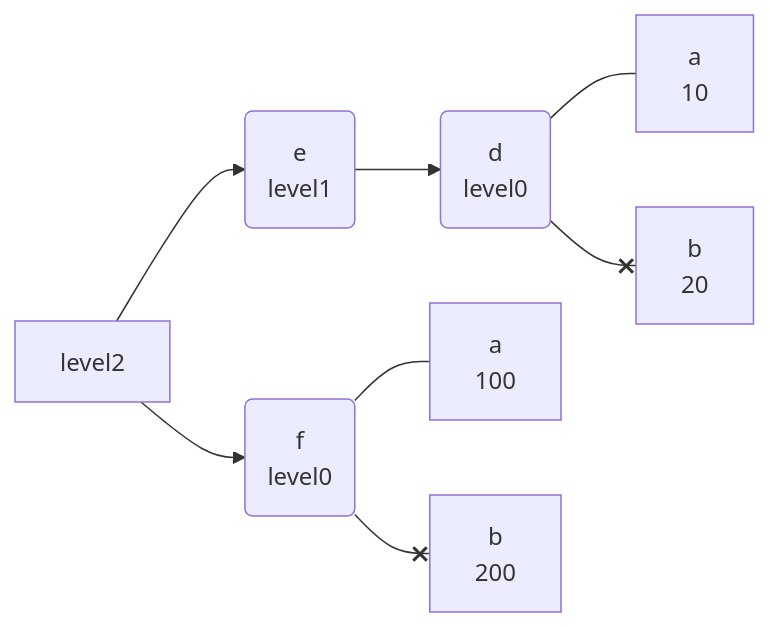
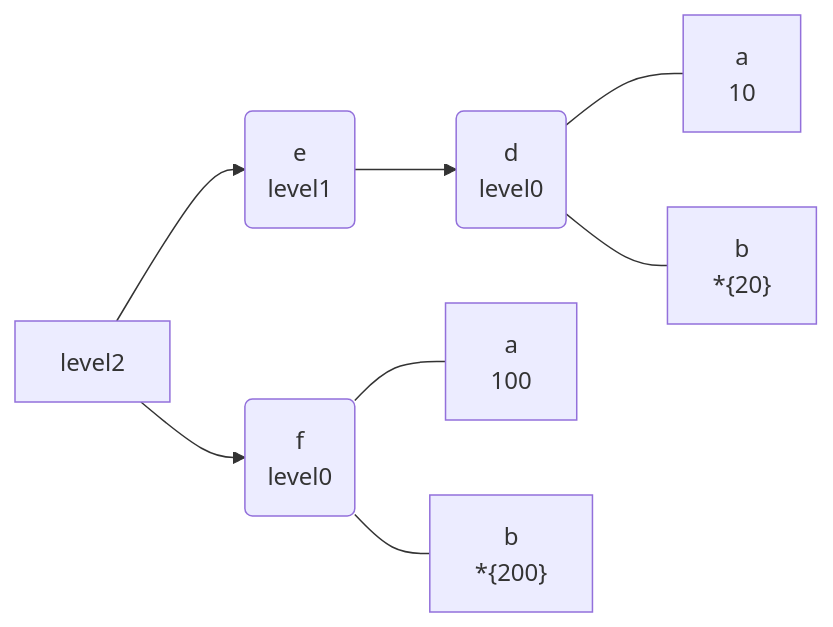
The diagram in tests/test_mermaid_md.md (ASEM000/pytreeclass), drawn with Mermaid before and after one commit. The commit also changed 15 other files, not shown here.

````diff
--- a/tests/test_mermaid_md.md
+++ b/tests/test_mermaid_md.md
@@ -1,11 +1,11 @@
 ```mermaid
 flowchart LR
     id15696277213149321320[level2]
     id15696277213149321320 --> id159132120600507116(e\nlevel1)
     id159132120600507116 --> id7500441386962467209(d\nlevel0)
     id7500441386962467209 --- id8292801017962660105["a\n10"]
-    id7500441386962467209 --x id5855743171222414412["b\n20"]
+    id7500441386962467209 --- id5855743171222414412["b\n*{20}"]
     id15696277213149321320 --> id10009280772564895168(f\nlevel0)
     id10009280772564895168 --- id11951215191344350637["a\n100"]
-    id10009280772564895168 --x id1196345851686744158["b\n200"]
+    id10009280772564895168 --- id1196345851686744158["b\n*{200}"]
 ```
````
